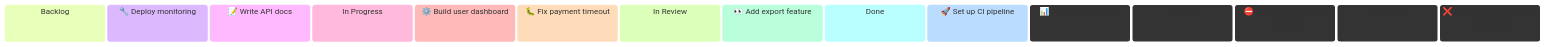
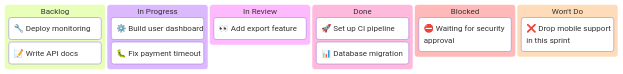
Before and after one commit to blazintrailssarah/agent-project: the diagram in agentic/markdown_templates/kanban.md, drawn with Mermaid. The commit also changed 3 other files, not shown here.

First line of the commit message:
feat(docs): comprehensive README with architecture diagrams and workflows

````diff
--- a/agentic/markdown_templates/kanban.md
+++ b/agentic/markdown_templates/kanban.md
@@ -54,18 +54,18 @@
 ```mermaid
 kanban
-Backlog
-task1[🔧 Deploy monitoring]
-task2[📝 Write API docs]
-In Progress
-task3[⚙️ Build user dashboard]
-task4[🐛 Fix payment timeout]
-In Review
-task5[👀 Add export feature]
-Done
-task6[🚀 Set up CI pipeline]
-task7[📊 Database migration]
-Blocked
-task8[⛔ Waiting for security approval]
-Won't Do
-task9[❌ Drop mobile support in this sprint]
+    Backlog
+        task1[🔧 Deploy monitoring]
+        task2[📝 Write API docs]
+    In Progress
+        task3[⚙️ Build user dashboard]
+        task4[🐛 Fix payment timeout]
+    In Review
+        task5[👀 Add export feature]
+    Done
+        task6[🚀 Set up CI pipeline]
+        task7[📊 Database migration]
+    Blocked
+        task8[⛔ Waiting for security approval]
+    Won't Do
+        task9[❌ Drop mobile support in this sprint]
 ```
````
